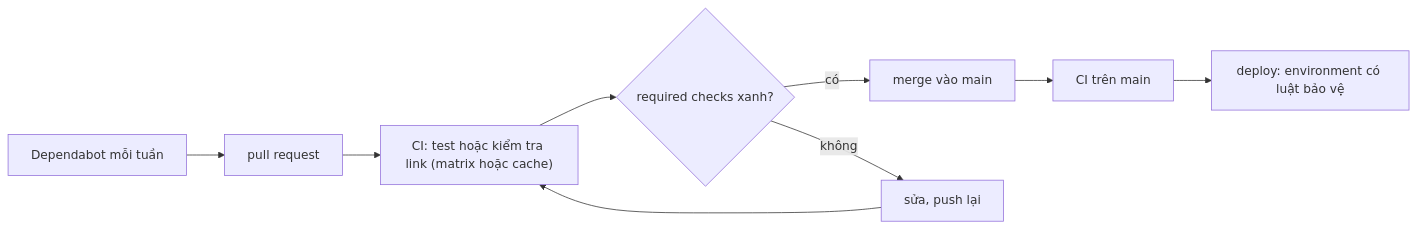
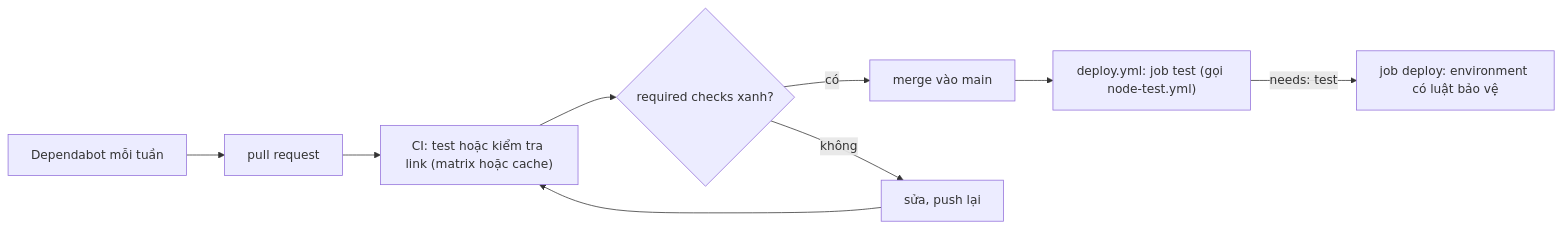
The diagram in tracks/github-actions-basics/modules/08-final-project/lessons/01-project-guide.md (hcmute-dsc/learning-hub-track-github-actions-basics), drawn with Mermaid before and after one commit. The commit also changed other lines of this file and 31 other files, not shown here.

````diff
--- a/tracks/github-actions-basics/modules/08-final-project/lessons/01-project-guide.md
+++ b/tracks/github-actions-basics/modules/08-final-project/lessons/01-project-guide.md
@@ -36,10 +36,10 @@
 ```mermaid
 flowchart LR
   PR["pull request"] --> CI["CI: test hoặc kiểm tra link (matrix hoặc cache)"]
   CI --> RC{"required checks xanh?"}
   RC -->|"có"| M["merge vào main"]
   RC -->|"không"| F["sửa, push lại"] --> CI
-  M --> CI2["CI trên main"]
-  CI2 --> D["deploy: environment có luật bảo vệ"]
+  M --> CI2["deploy.yml: job test (gọi node-test.yml)"]
+  CI2 -->|"needs: test"| D["job deploy: environment có luật bảo vệ"]
   DB["Dependabot mỗi tuần"] --> PR
 ```
````
